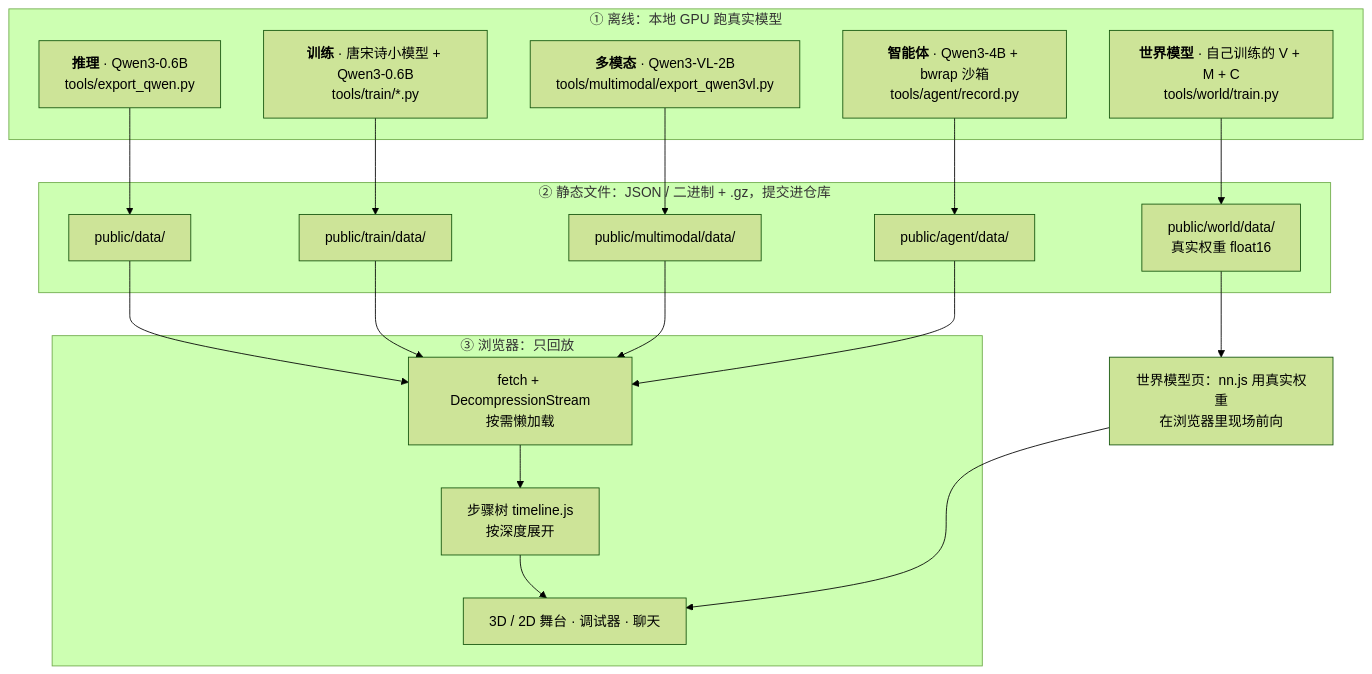
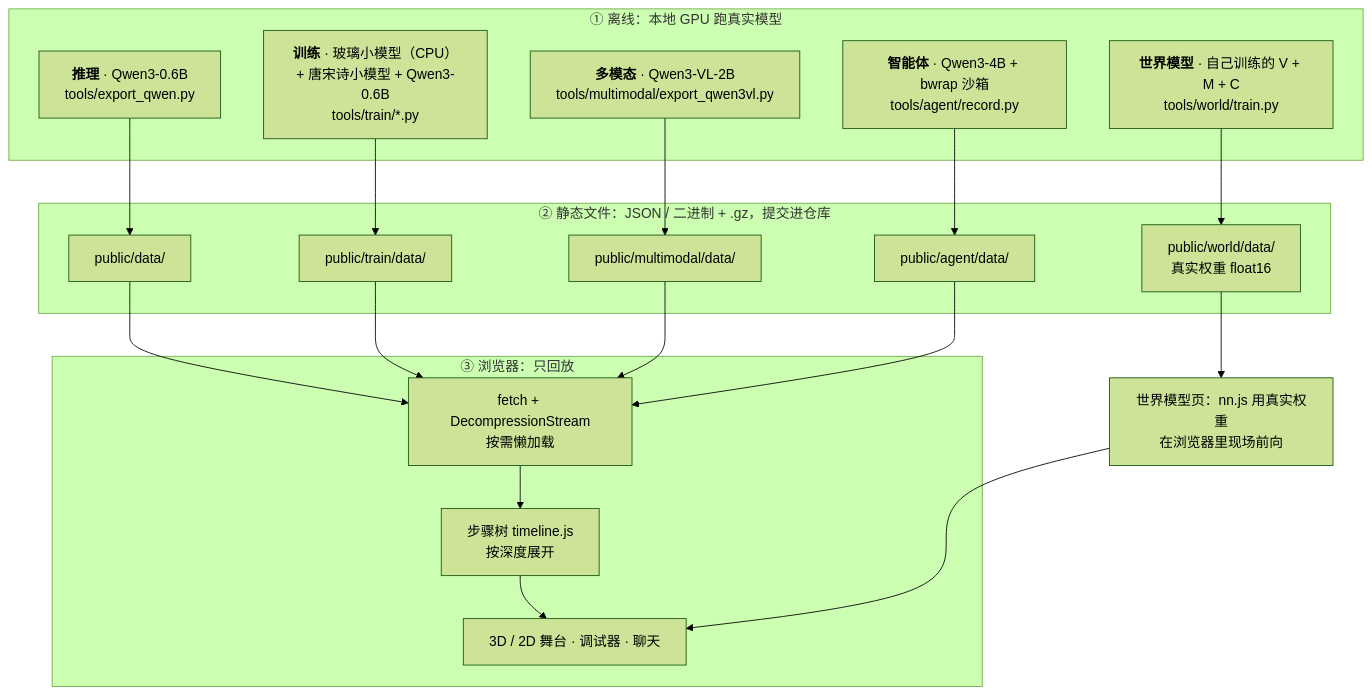
Before and after one commit to computersniper/llm-blackbox: the first of 2 diagrams in README.md, drawn with Mermaid (forest theme). The commit also changed other lines of this file, not shown here.

````diff
--- a/README.md
+++ b/README.md
@@ -161,27 +163,27 @@
 ```mermaid
 flowchart TB
   subgraph OFF["① 离线：本地 GPU 跑真实模型"]
     X1["<b>推理</b> · Qwen3-0.6B<br/>tools/export_qwen.py"]
-    X2["<b>训练</b> · 唐宋诗小模型 + Qwen3-0.6B<br/>tools/train/*.py"]
+    X2["<b>训练</b> · 玻璃小模型（CPU）+ 唐宋诗小模型 + Qwen3-0.6B<br/>tools/train/*.py"]
     X3["<b>多模态</b> · Qwen3-VL-2B<br/>tools/multimodal/export_qwen3vl.py"]
     X4["<b>智能体</b> · Qwen3-4B + bwrap 沙箱<br/>tools/agent/record.py"]
     X5["<b>世界模型</b> · 自己训练的 V + M + C<br/>tools/world/train.py"]
   end
   subgraph DATA["② 静态文件：JSON / 二进制 + .gz，提交进仓库"]
     D1["public/data/"]
     D2["public/train/data/"]
     D3["public/multimodal/data/"]
     D4["public/agent/data/"]
     D5["public/world/data/<br/>真实权重 float16"]
   end
   subgraph WEB["③ 浏览器：只回放"]
     L["fetch + DecompressionStream<br/>按需懒加载"] --> T["步骤树 timeline.js<br/>按深度展开"] --> V["3D / 2D 舞台 · 调试器 · 聊天"]
   end
   X1 --> D1
   X2 --> D2
   X3 --> D3
   X4 --> D4
   X5 --> D5
   D1 & D2 & D3 & D4 --> L
   D5 --> NN["世界模型页：nn.js 用真实权重<br/>在浏览器里现场前向"] --> V
 ```
````
